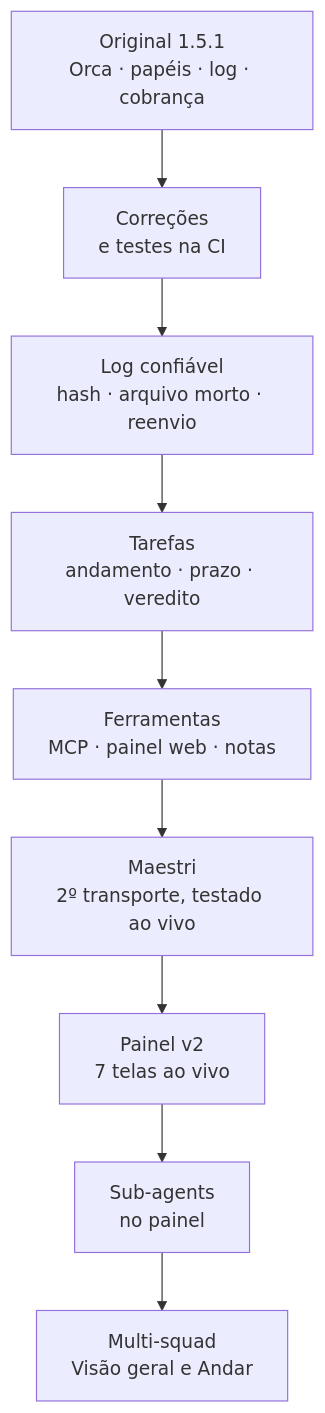
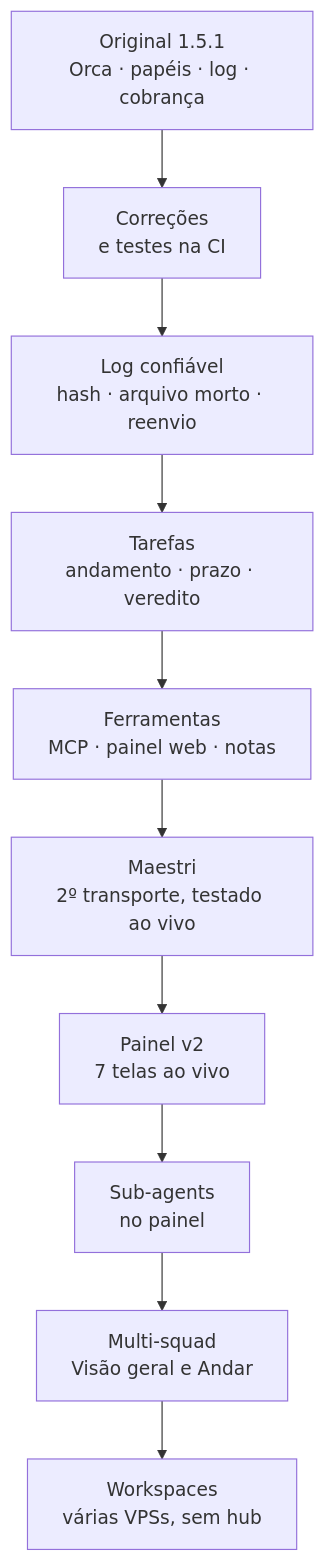
Before and after one commit to BFLabsAI/agent-board: the second of 2 diagrams in README.md, drawn with Mermaid. The commit also changed other lines of this file and 10 other files, not shown here.

````diff
--- a/README.md
+++ b/README.md
@@ -84,11 +84,12 @@
 ```mermaid
 flowchart TB
     O["Original 1.5.1<br/>Orca · papéis · log · cobrança"] --> F0["Correções<br/>e testes na CI"]
     F0 --> F1["Log confiável<br/>hash · arquivo morto · reenvio"]
     F1 --> F2["Tarefas<br/>andamento · prazo · veredito"]
     F2 --> F3["Ferramentas<br/>MCP · painel web · notas"]
     F3 --> F4["Maestri<br/>2º transporte, testado ao vivo"]
     F4 --> F5["Painel v2<br/>7 telas ao vivo"]
     F5 --> F6["Sub-agents<br/>no painel"]
     F6 --> F7["Multi-squad<br/>Visão geral e Andar"]
+    F7 --> F8["Workspaces<br/>várias VPSs, sem hub"]
 ```
````
